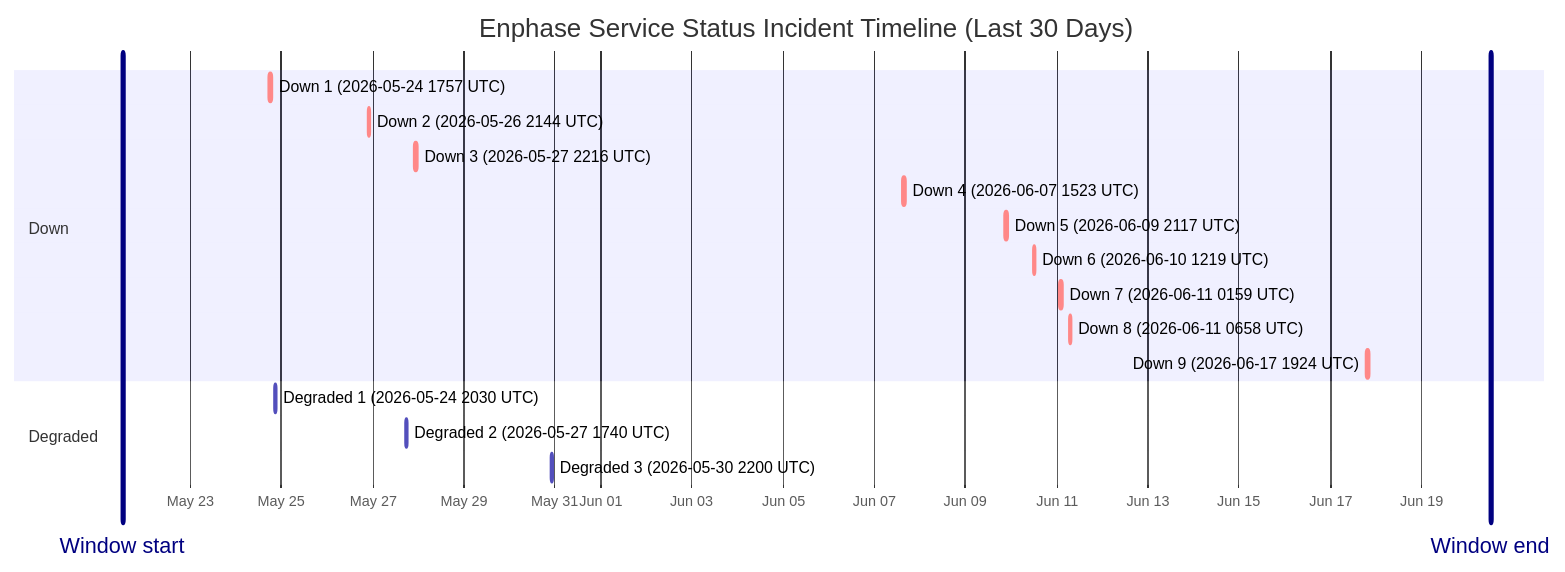
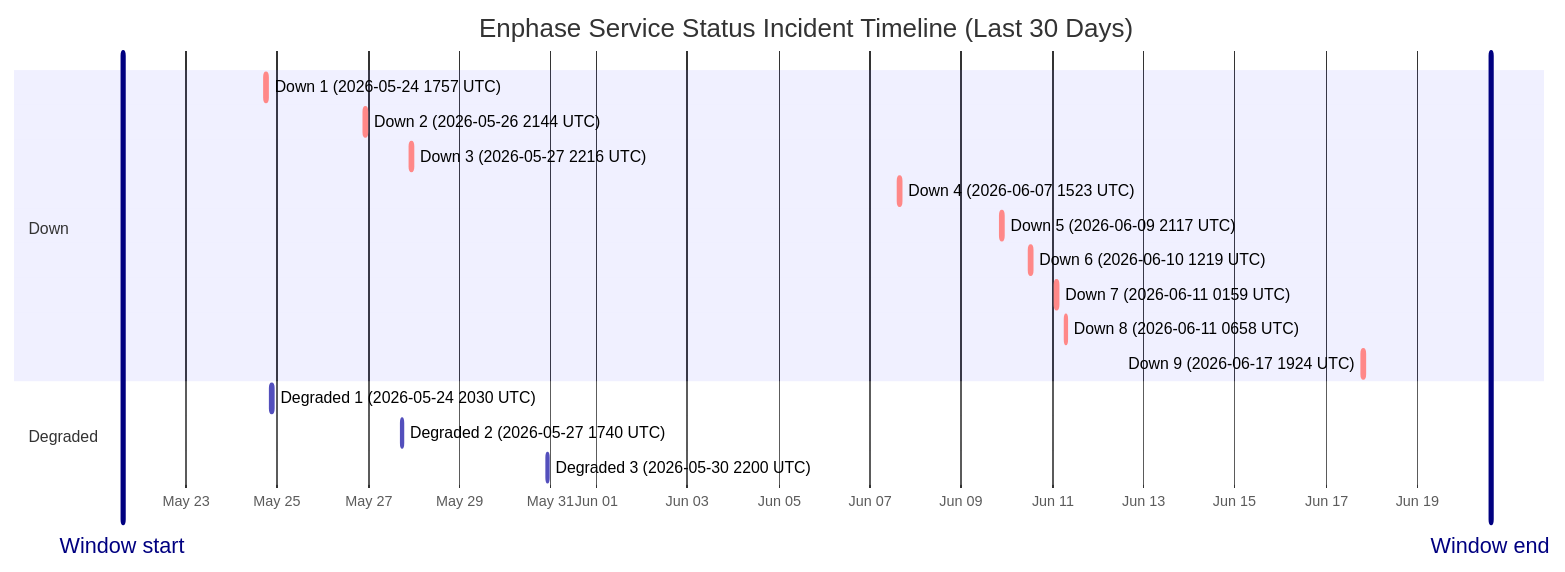
The diagram in wiki/Service-Status-History.md (barneyonline/ha-enphase-energy), drawn with Mermaid before and after one commit. The commit also changed other lines of this file and 3 other files, not shown here.

````diff
--- a/wiki/Service-Status-History.md
+++ b/wiki/Service-Status-History.md
@@ -14,22 +14,22 @@
 ```mermaid
 gantt
     title Enphase Service Status Incident Timeline (Last 30 Days)
     dateFormat  YYYY-MM-DDTHH:mm:ss
     axisFormat  %b %d
-    Window start :vert, window-start, 2026-05-21T12:27:00, 0ms
-    Window end :vert, window-end, 2026-06-20T12:27:00, 0ms
+    Window start :vert, window-start, 2026-05-21T14:41:19, 0ms
+    Window end :vert, window-end, 2026-06-20T14:41:19, 0ms
     section Down
     Down 1 (2026-05-24 1757 UTC) :crit, down-1, 2026-05-24T17:57:41, 86m
     Down 2 (2026-05-26 2144 UTC) :crit, down-2, 2026-05-26T21:44:11, 85m
     Down 3 (2026-05-27 2216 UTC) :crit, down-3, 2026-05-27T22:16:53, 87m
     Down 4 (2026-06-07 1523 UTC) :crit, down-4, 2026-06-07T15:23:22, 87m
     Down 5 (2026-06-09 2117 UTC) :crit, down-5, 2026-06-09T21:17:17, 60m
     Down 6 (2026-06-10 1219 UTC) :crit, down-6, 2026-06-10T12:19:21, 60m
     Down 7 (2026-06-11 0159 UTC) :crit, down-7, 2026-06-11T01:59:36, 60m
     Down 8 (2026-06-11 0658 UTC) :crit, down-8, 2026-06-11T06:58:45, 60m
     Down 9 (2026-06-17 1924 UTC) :crit, down-9, 2026-06-17T19:24:51, 60m
     section Degraded
     Degraded 1 (2026-05-24 2030 UTC) :active, degraded-1, 2026-05-24T20:30:57, 84m
     Degraded 2 (2026-05-27 1740 UTC) :active, degraded-2, 2026-05-27T17:40:52, 60m
     Degraded 3 (2026-05-30 2200 UTC) :active, degraded-3, 2026-05-30T22:00:37, 60m
 ```
````
